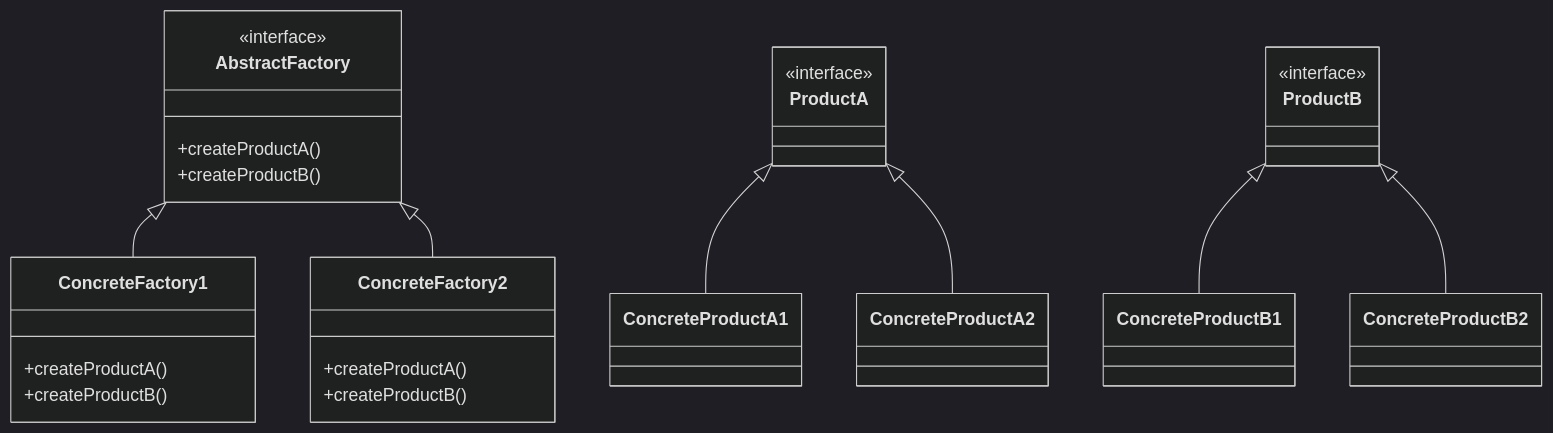
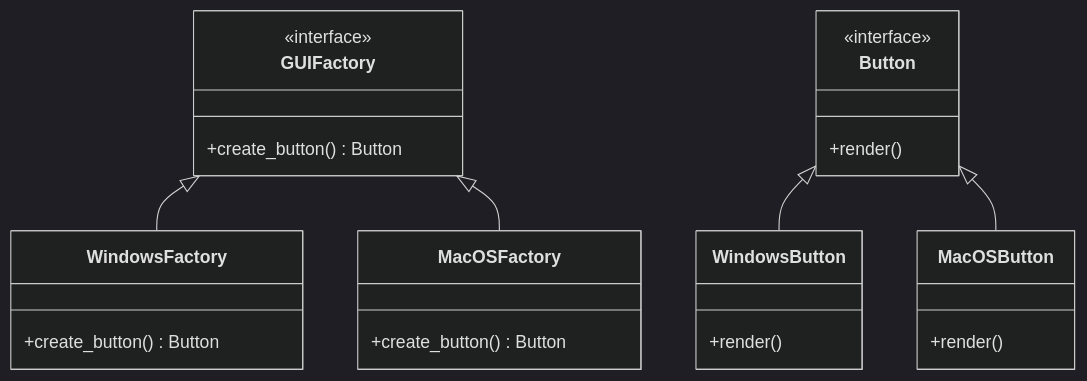
The first of 8 diagrams in articles/_designpattern/01_abstract_factory.md (42jerrykim/42jerrykim.github.io), drawn with Mermaid (dark theme) before and after one commit. The commit also changed other lines of this file and 1 other file, not shown here.

````diff
--- a/articles/_designpattern/01_abstract_factory.md
+++ b/articles/_designpattern/01_abstract_factory.md
@@ -104,45 +150,33 @@
 ```mermaid
 classDiagram
-    class AbstractFactory {
+    class GUIFactory {
         <<interface>>
-        +createProductA()
-        +createProductB()
+        +create_button() Button
     }
 
-    class ConcreteFactory1 {
-        +createProductA()
-        +createProductB()
+    class Button {
+        <<interface>>
+        +render()
     }
 
-    class ConcreteFactory2 {
-        +createProductA()
-        +createProductB()
+    class WindowsButton {
+        +render()
     }
 
-    class ProductA {
-        <<interface>>
+    class MacOSButton {
+        +render()
     }
 
-    class ProductB {
-        <<interface>>
+    class WindowsFactory {
+        +create_button() Button
     }
 
-    class ConcreteProductA1 {
+    class MacOSFactory {
+        +create_button() Button
     }
 
-    class ConcreteProductA2 {
-    }
-
-    class ConcreteProductB1 {
-    }
-
-    class ConcreteProductB2 {
-    }
-
-    AbstractFactory <|-- ConcreteFactory1
-    AbstractFactory <|-- ConcreteFactory2
-    ProductA <|-- ConcreteProductA1
-    ProductA <|-- ConcreteProductA2
-    ProductB <|-- ConcreteProductB1
-    ProductB <|-- ConcreteProductB2
+    GUIFactory <|-- WindowsFactory
+    GUIFactory <|-- MacOSFactory
+    Button <|-- WindowsButton
+    Button <|-- MacOSButton
 ```
````
